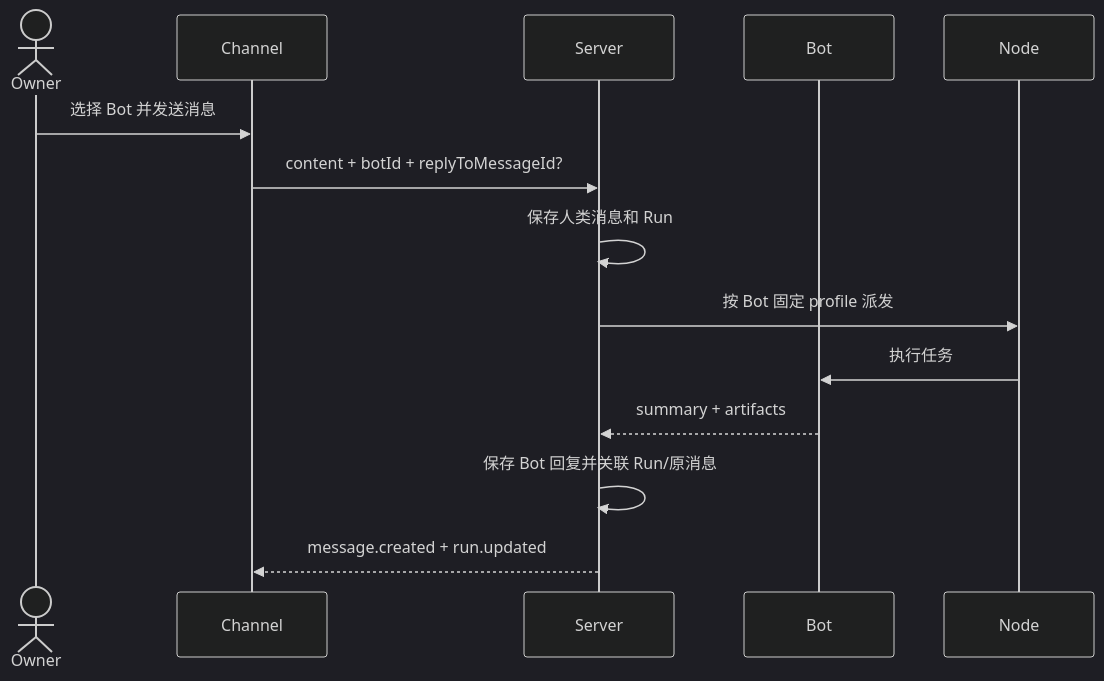
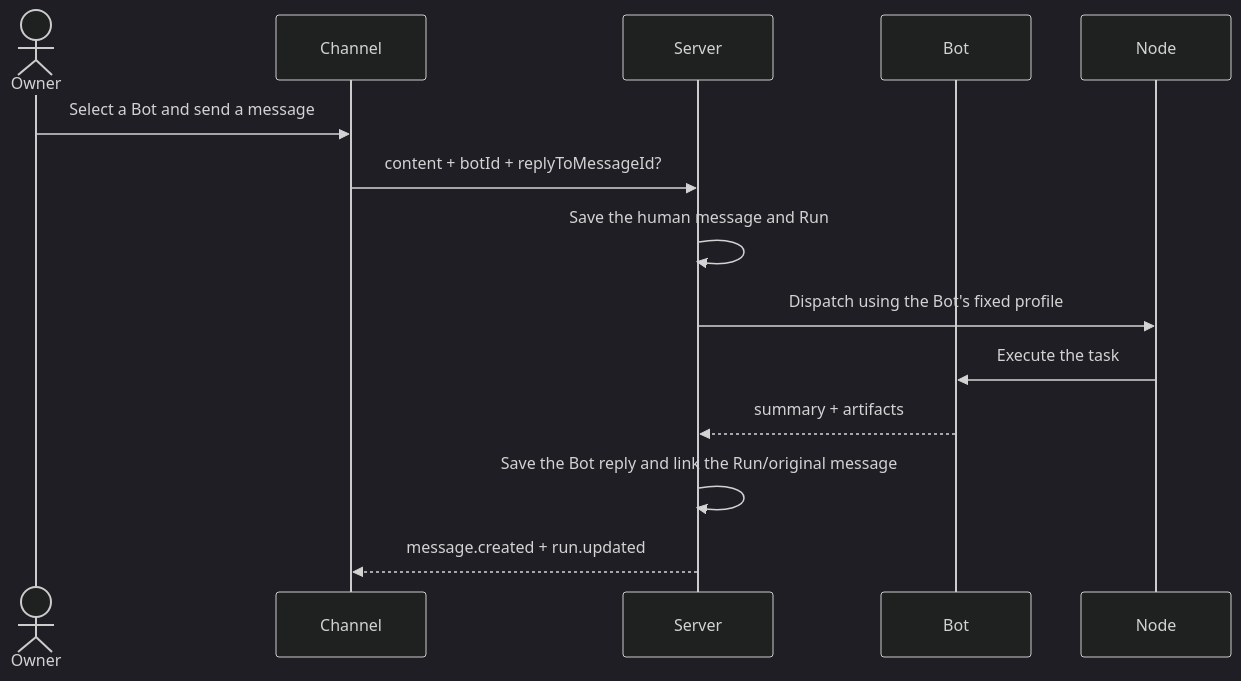
The second of 2 diagrams in docs/INTERFACE.md (Peerframe/openbot), drawn with Mermaid (dark theme) before and after one commit. The commit also changed other lines of this file and 1 other file, not shown here.

````diff
--- a/docs/INTERFACE.md
+++ b/docs/INTERFACE.md
@@ -40,17 +46,17 @@
 ```mermaid
 sequenceDiagram
     actor Owner
     participant Channel
     participant Server
     participant Bot
     participant Node
 
-    Owner->>Channel: 选择 Bot 并发送消息
+    Owner->>Channel: Select a Bot and send a message
     Channel->>Server: content + botId + replyToMessageId?
-    Server->>Server: 保存人类消息和 Run
-    Server->>Node: 按 Bot 固定 profile 派发
-    Node->>Bot: 执行任务
+    Server->>Server: Save the human message and Run
+    Server->>Node: Dispatch using the Bot's fixed profile
+    Node->>Bot: Execute the task
     Bot-->>Server: summary + artifacts
-    Server->>Server: 保存 Bot 回复并关联 Run/原消息
+    Server->>Server: Save the Bot reply and link the Run/original message
     Server-->>Channel: message.created + run.updated
 ```
````
